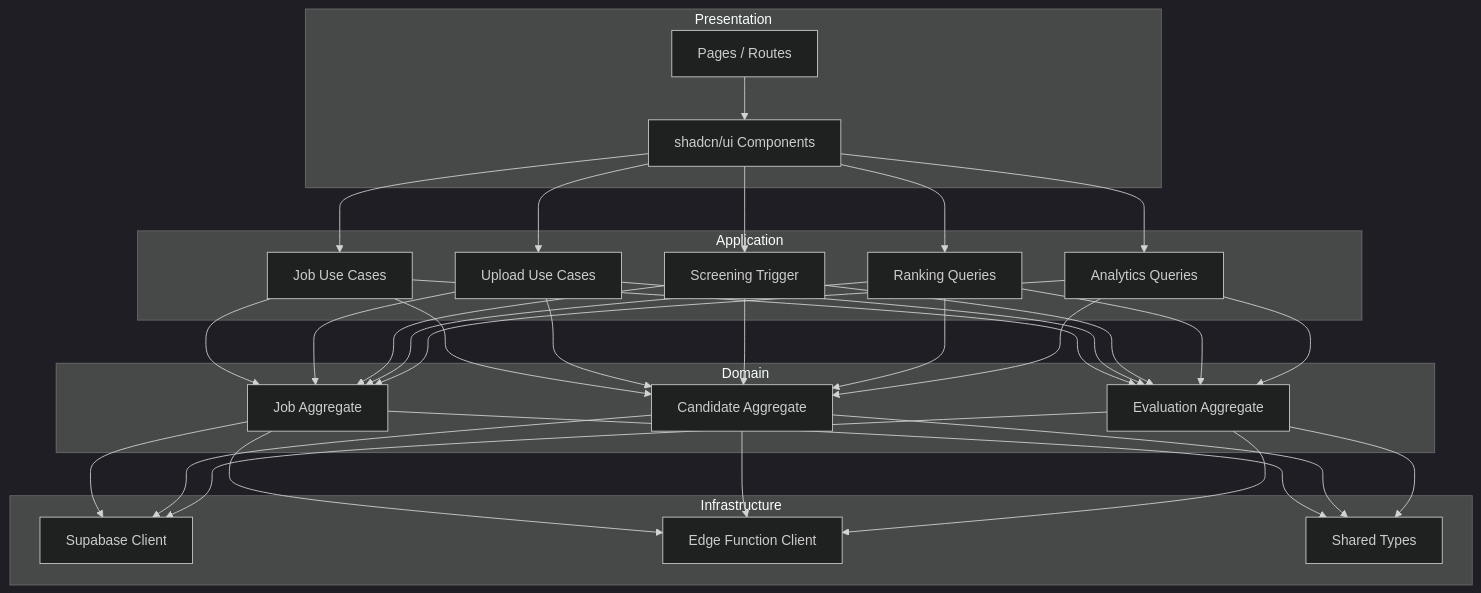
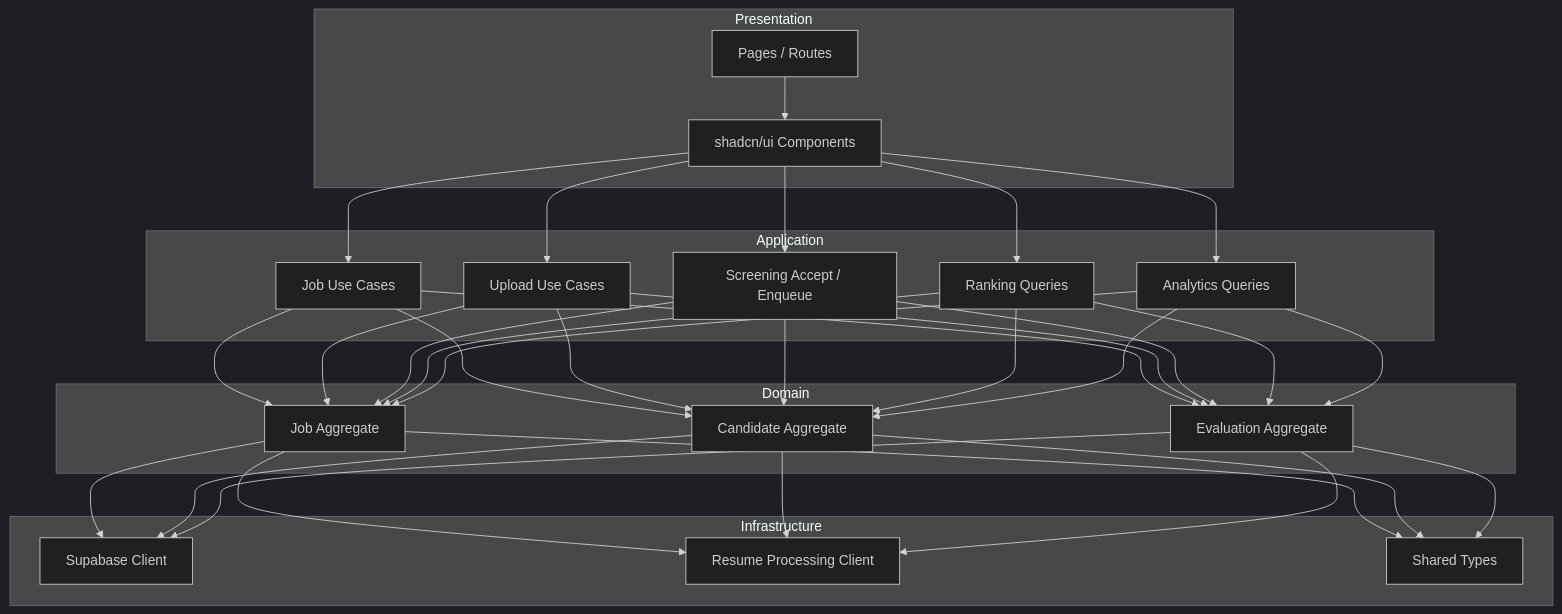
One commit to VishnuVardhan-CH-2022/resume-rank-ai-dev changed the fourth of 17 diagrams in docs/02-design/04-System-Design-Document.md. Above: the diagram before and after it, drawn with Mermaid (dark theme). The commit also changed other lines of this file and 4 other files, not shown here.

````diff
--- a/docs/02-design/04-System-Design-Document.md
+++ b/docs/02-design/04-System-Design-Document.md
@@ -351,27 +362,27 @@
 ```mermaid
 flowchart TB
   subgraph Presentation
     Pages[Pages / Routes]
     Comp[shadcn/ui Components]
   end
   subgraph Application
     JobsUC[Job Use Cases]
     UploadUC[Upload Use Cases]
-    ScreenUC[Screening Trigger]
+    ScreenUC[Screening Accept / Enqueue]
     RankUC[Ranking Queries]
-    DashUC[Analytics Queries]
+    AnalyticsUC[Analytics Queries]
   end
   subgraph Domain
     Job[Job Aggregate]
     Cand[Candidate Aggregate]
     Eval[Evaluation Aggregate]
   end
   subgraph Infrastructure
     Supa[Supabase Client]
-    EFAdapter[Edge Function Client]
+    ProcClient[Resume Processing Client]
     Types[Shared Types]
   end
-  Pages --> Comp --> JobsUC & UploadUC & ScreenUC & RankUC & DashUC
-  JobsUC & UploadUC & ScreenUC & RankUC & DashUC --> Job & Cand & Eval
-  Job & Cand & Eval --> Supa & EFAdapter & Types
+  Pages --> Comp --> JobsUC & UploadUC & ScreenUC & RankUC & AnalyticsUC
+  JobsUC & UploadUC & ScreenUC & RankUC & AnalyticsUC --> Job & Cand & Eval
+  Job & Cand & Eval --> Supa & ProcClient & Types
 ```
````
